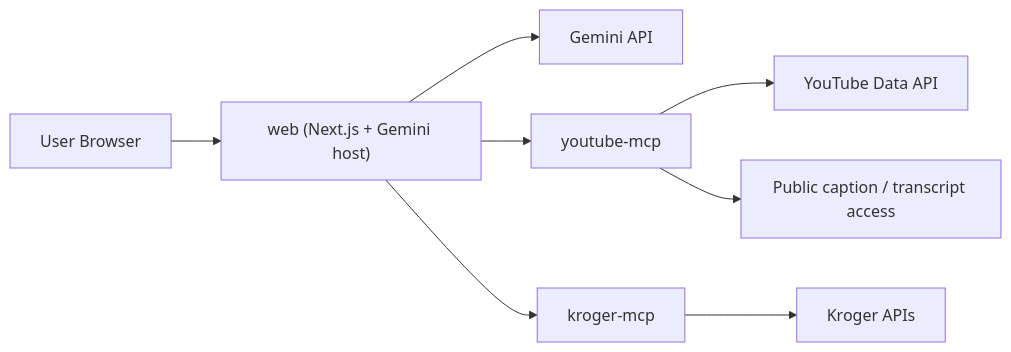
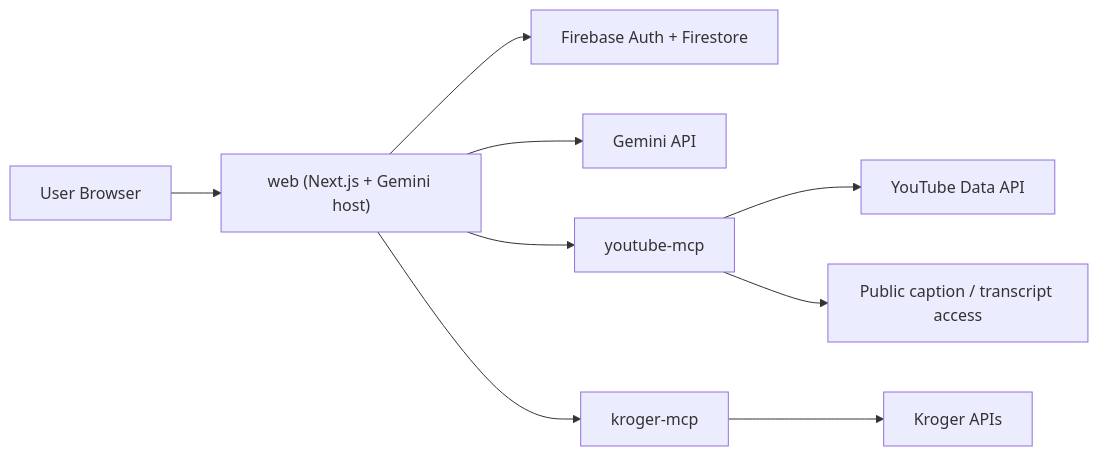
The diagram in ARCHITECTURE.md (MosheT01/CraveCart), drawn with Mermaid before and after one commit. The commit also changed other lines of this file and 37 other files, not shown here.

First line of the commit message:
feat(auth): Firebase identity, Firestore chat, and CI deploy wiring

````diff
--- a/ARCHITECTURE.md
+++ b/ARCHITECTURE.md
@@ -61,10 +73,11 @@
 ```mermaid
 flowchart LR
     U["User Browser"] --> W["web (Next.js + Gemini host)"]
+    W --> FB["Firebase Auth + Firestore"]
     W --> G["Gemini API"]
     W --> YM["youtube-mcp"]
     W --> KM["kroger-mcp"]
     YM --> Y["YouTube Data API"]
     YM --> T["Public caption / transcript access"]
     KM --> K["Kroger APIs"]
 ```
````
